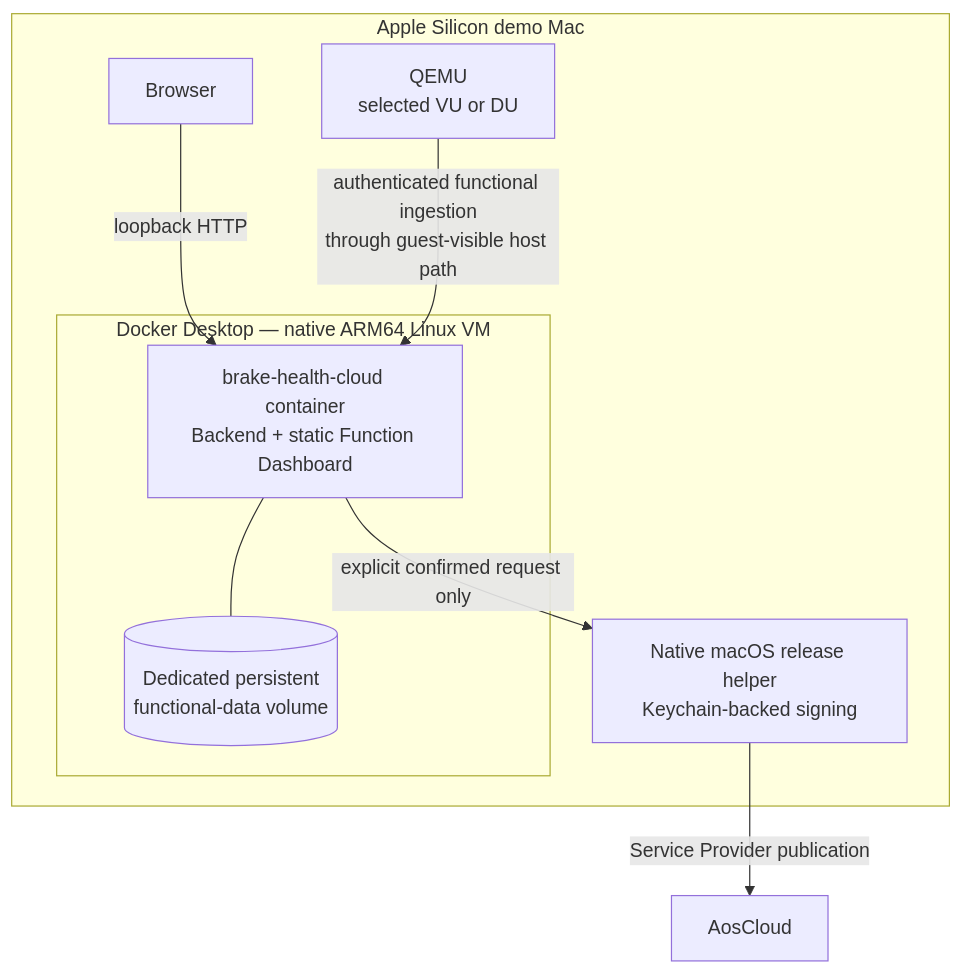
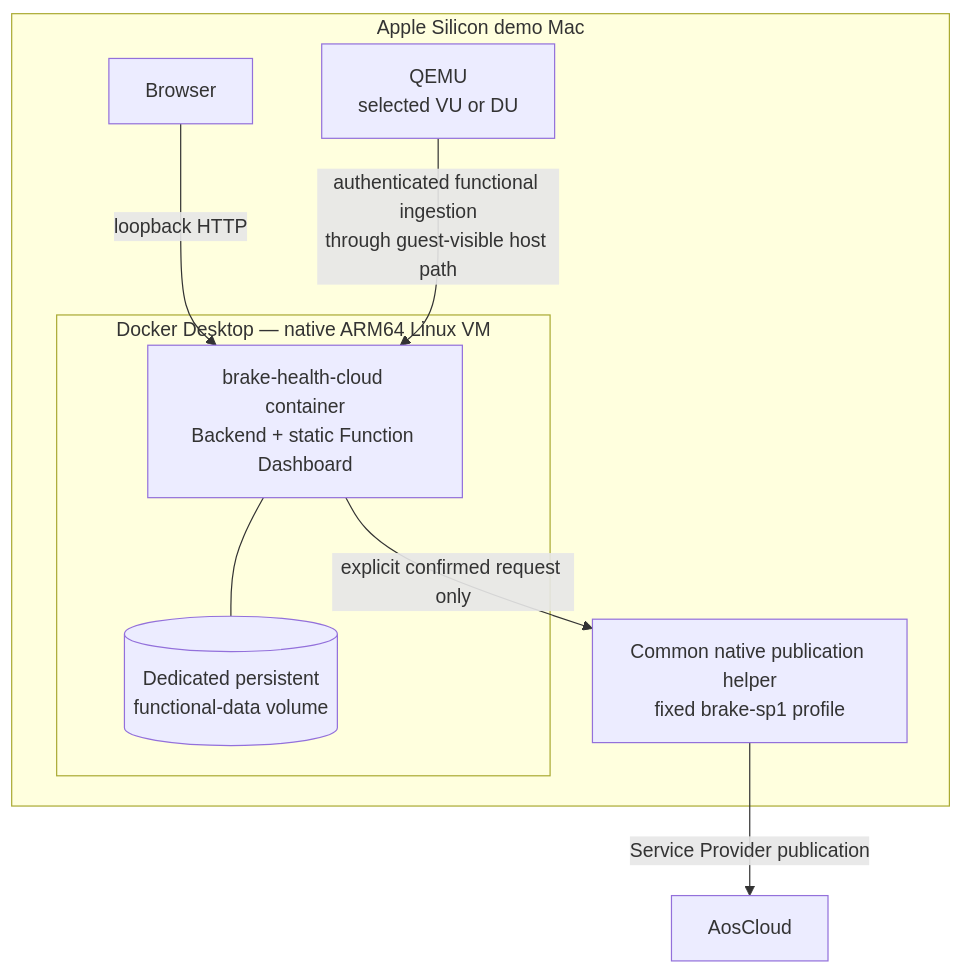
One commit to alexmaninblack/aosedge-sdv-demo changed the first of 2 diagrams in docs/requirements/components/brake-health-cloud.md. Above: the diagram before and after it, drawn with Mermaid. The commit also changed other lines of this file and 60 other files, not shown here.

````diff
--- a/docs/requirements/components/brake-health-cloud.md
+++ b/docs/requirements/components/brake-health-cloud.md
@@ -81,18 +85,18 @@
 ```mermaid
 flowchart TB
     subgraph MAC["Apple Silicon demo Mac"]
         BROWSER["Browser"]
         subgraph DOCKER["Docker Desktop — native ARM64 Linux VM"]
             PRODUCT["brake-health-cloud container<br/>Backend + static Function Dashboard"]
             DATA[("Dedicated persistent<br/>functional-data volume")]
             PRODUCT --- DATA
         end
-        HELPER["Native macOS release helper<br/>Keychain-backed signing"]
+        HELPER["Common native publication helper<br/>fixed brake-sp1 profile"]
         QEMU["QEMU<br/>selected VU or DU"]
     end
 
     BROWSER -->|"loopback HTTP"| PRODUCT
     QEMU -->|"authenticated functional ingestion<br/>through guest-visible host path"| PRODUCT
     PRODUCT -->|"explicit confirmed request only"| HELPER
     HELPER -->|"Service Provider publication"| CLOUD["AosCloud"]
 ```
````
